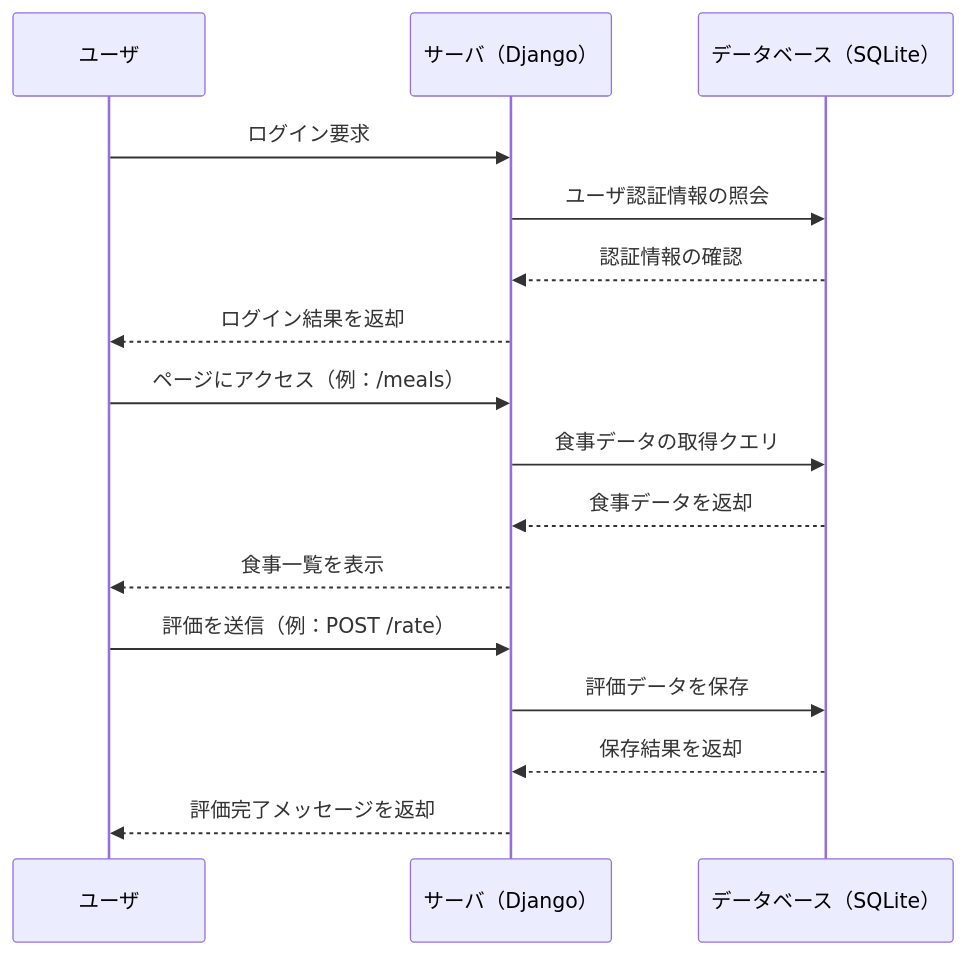
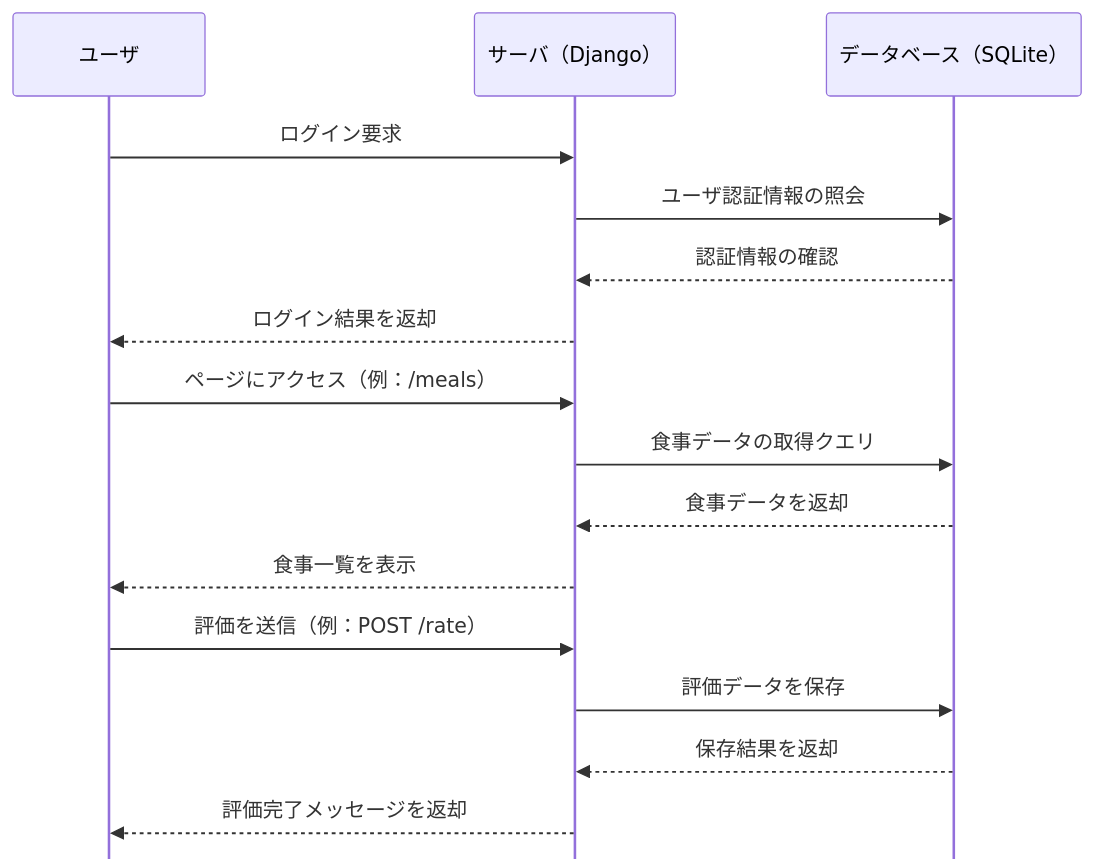
Before and after one commit to BackendExplorer/Meal-Review-App: the diagram in README.md, drawn with Mermaid.

````diff
--- a/README.md
+++ b/README.md
@@ -241,22 +241,23 @@
 ```mermaid
+%%{ init: { "theme": "default", "sequence": { "actorMargin": 100, "messageMargin": 50, "mirrorActors": false, "bottomMarginAdj": 2 } } }%%
+
 sequenceDiagram
     participant User as ユーザ
     participant Server as サーバ（Django）
     participant DB as データベース（SQLite）
 
     User->>Server: ログイン要求
     Server->>DB: ユーザ認証情報の照会
     DB-->>Server: 認証情報の確認
     Server-->>User: ログイン結果を返却
 
     User->>Server: ページにアクセス（例：/meals）
     Server->>DB: 食事データの取得クエリ
     DB-->>Server: 食事データを返却
     Server-->>User: 食事一覧を表示
 
     User->>Server: 評価を送信（例：POST /rate）
     Server->>DB: 評価データを保存
     DB-->>Server: 保存結果を返却
     Server-->>User: 評価完了メッセージを返却
-
 ```
````
